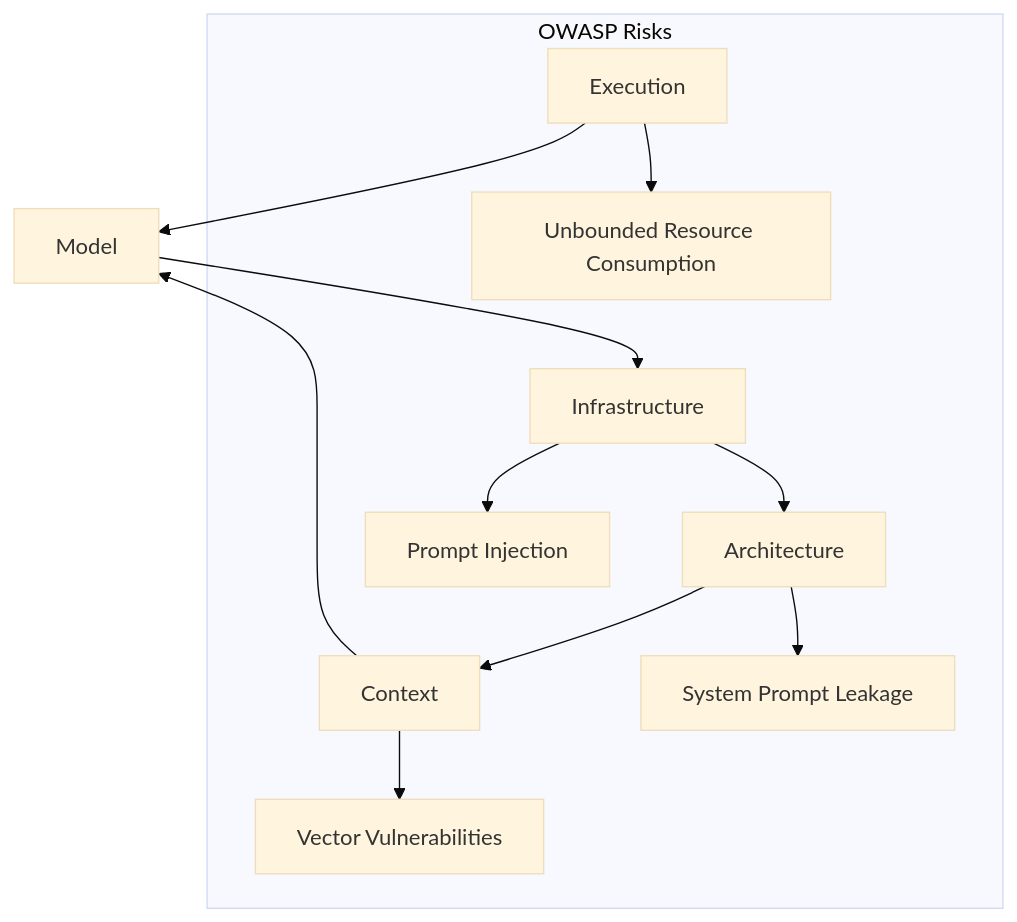
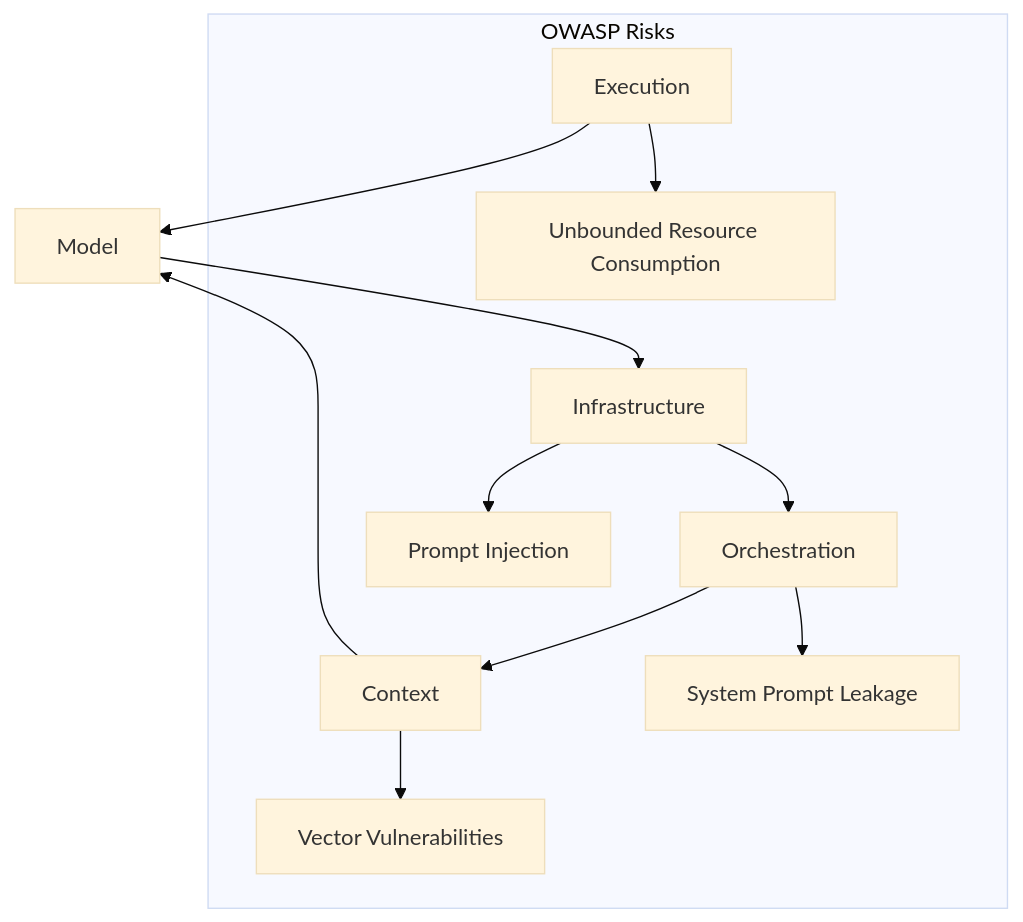
One commit to lefthand67/ai_engineering_handbook changed the diagram in in_progress/00_intro/ai_systems_multilayer_approach.md. Above: the diagram before and after it, drawn with Mermaid (base theme). The commit also changed other lines of this file, not shown here.

````diff
--- a/in_progress/00_intro/ai_systems_multilayer_approach.md
+++ b/in_progress/00_intro/ai_systems_multilayer_approach.md
@@ -233,14 +169,15 @@
 ```mermaid
 graph TD
     Execution --> Model
     Model --> Infrastructure
-    Infrastructure --> Architecture
-    Architecture --> Context
+    Infrastructure --> Orchestration
+    Orchestration --> Context
     Context --> Model
+    
     subgraph OWASP Risks
     Execution --> LLM10[Unbounded Resource Consumption]
     Infrastructure --> LLM01[Prompt Injection]
-    Architecture --> LLM02[System Prompt Leakage]
+    Orchestration --> LLM02[System Prompt Leakage]
     Context --> LLM08[Vector Vulnerabilities]
     end
 ```
````
